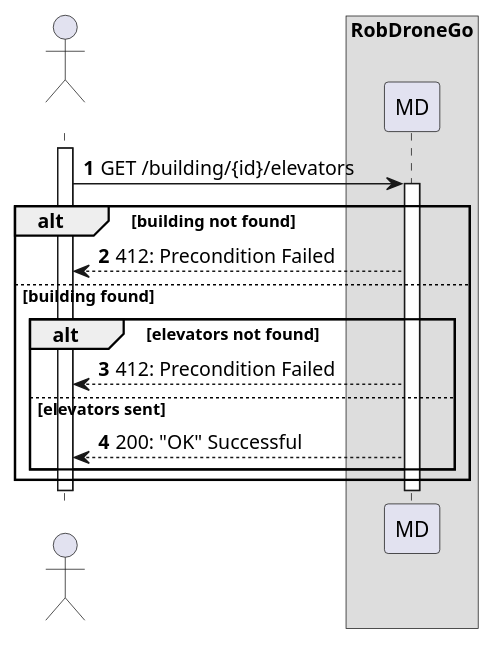
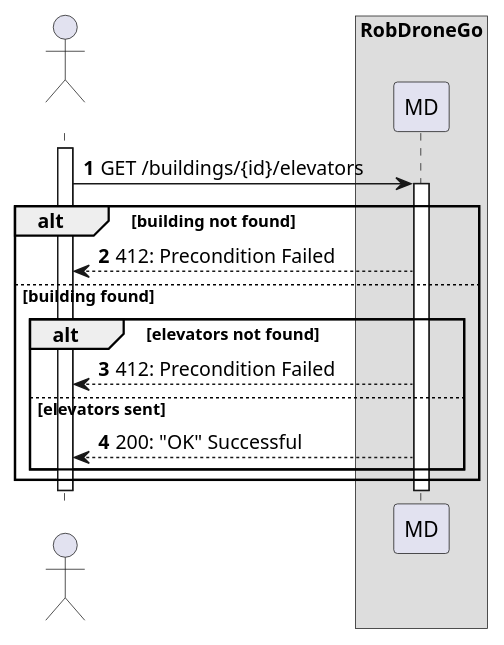
One commit to Departamento-de-Engenharia-Informatica/lapr5-23-24-g19 changed the diagram in docs/us290/level2/process-view.puml. Above: the diagram before and after it, drawn with PlantUML. The commit also changed 36 other files, not shown here.

```diff
--- a/docs/us290/level2/process-view.puml
+++ b/docs/us290/level2/process-view.puml
@@ -1,29 +1,29 @@
 @startuml
 autonumber
 
 actor " " as actor
 box "RobDroneGo"
 participant "MD" as mdr
 
 activate actor
 
 
 
-        actor-> mdr: GET /building/{id}/elevators
+        actor-> mdr: GET /buildings/{id}/elevators
         activate mdr
             alt building not found
                     mdr --> actor : 412: Precondition Failed
             else building found
                 alt elevators not found
                     actor <-- mdr : 412: Precondition Failed
                 else elevators sent
                     actor <-- mdr : 200: "OK" Successful
                 end
             end
             deactivate mdr
 
     deactivate mdr
 deactivate actor
 
 
 @enduml
```
